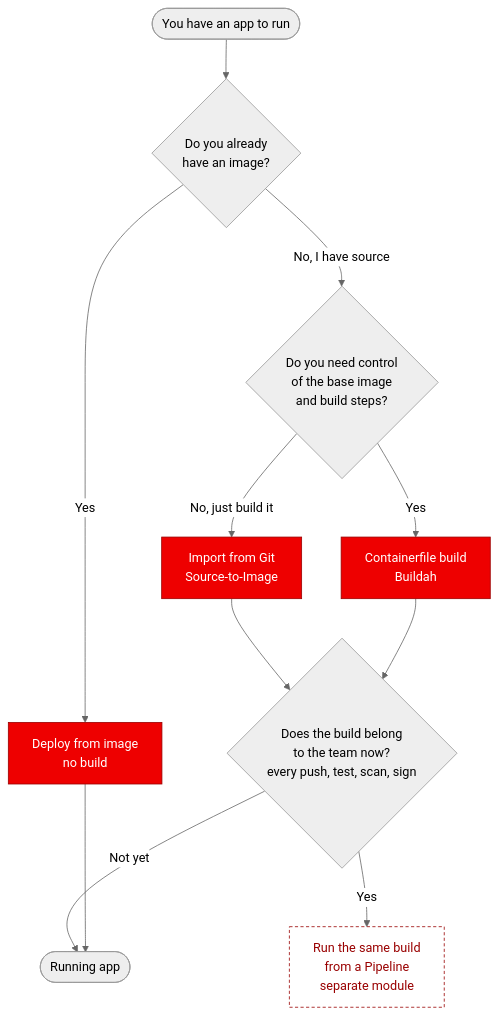
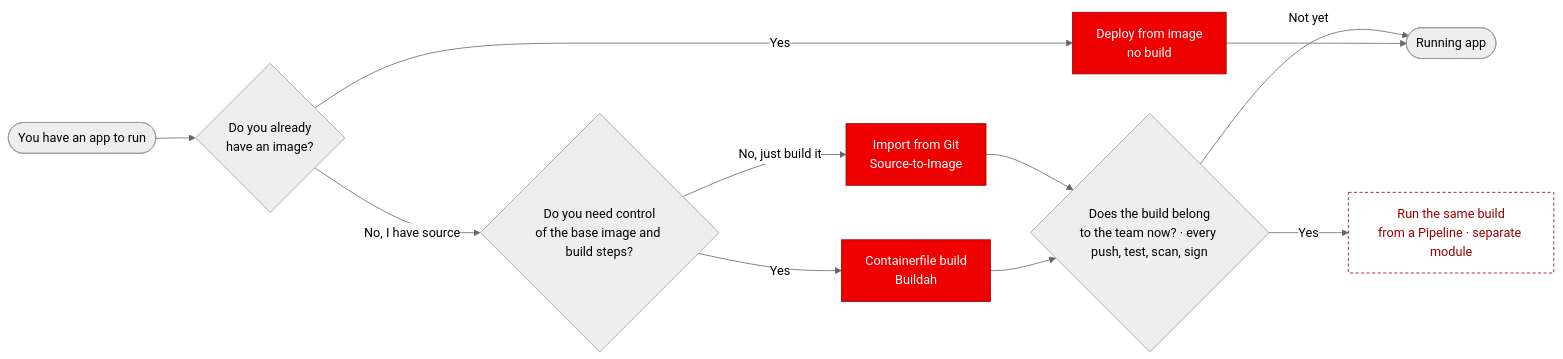
Before and after one commit to serhat-dirik/OCP-Getting-Started-Revamped: the diagram in content/modules/ROOT/examples/diagrams/build-deliver/01-build-spectrum.mmd, drawn with Mermaid (neutral theme). The commit also changed 59 other files, not shown here.

```diff
--- a/content/modules/ROOT/examples/diagrams/build-deliver/01-build-spectrum.mmd
+++ b/content/modules/ROOT/examples/diagrams/build-deliver/01-build-spectrum.mmd
@@ -1,15 +1,23 @@
-graph TD
+%% Build spectrum — Ways to Build & Deliver Apps.
+%% Decision flow: already have an image? -> no image, have source -> S2I or a Containerfile,
+%% depending on whether you need control of the base image and build steps -> once the build
+%% belongs to the team (every push: test, scan, sign), it moves into a pipeline. Node order and
+%% wording follow concept.adoc's "Two build strategies — and where pipelines fit" verbatim.
+%% Resized 2026-08-22: graph TD (524x1259, text at 1.72x) -> flowchart LR. A spectrum reads
+%% left-to-right, so flipping direction is the fix; also merged two 3-line labels (Q2, Q3) down
+%% to 2 lines each by removing a line break, not a word.
+flowchart LR
   START([You have an app to run]) --> Q1{Do you already<br/>have an image?}
   Q1 -->|Yes| DEPLOY[Deploy from image<br/>no build]
-  Q1 -->|No, I have source| Q2{Do you need control<br/>of the base image<br/>and build steps?}
+  Q1 -->|No, I have source| Q2{Do you need control<br/>of the base image and build steps?}
   Q2 -->|No, just build it| S2I[Import from Git<br/>Source-to-Image]
   Q2 -->|Yes| DOCKER[Containerfile build<br/>Buildah]
-  S2I --> Q3{Does the build belong<br/>to the team now?<br/>every push, test, scan, sign}
+  S2I --> Q3{Does the build belong<br/>to the team now? · every push, test, scan, sign}
   DOCKER --> Q3
-  Q3 -->|Yes| PIPE[Run the same build<br/>from a Pipeline<br/>separate module]
+  Q3 -->|Yes| PIPE[Run the same build<br/>from a Pipeline · separate module]
   Q3 -->|Not yet| DONE([Running app])
   DEPLOY --> DONE
   classDef pick fill:#e00,stroke:#900,color:#fff;
   class DEPLOY,S2I,DOCKER pick;
   classDef later fill:#fff,stroke:#900,color:#900,stroke-dasharray: 4 3;
   class PIPE later;
```
